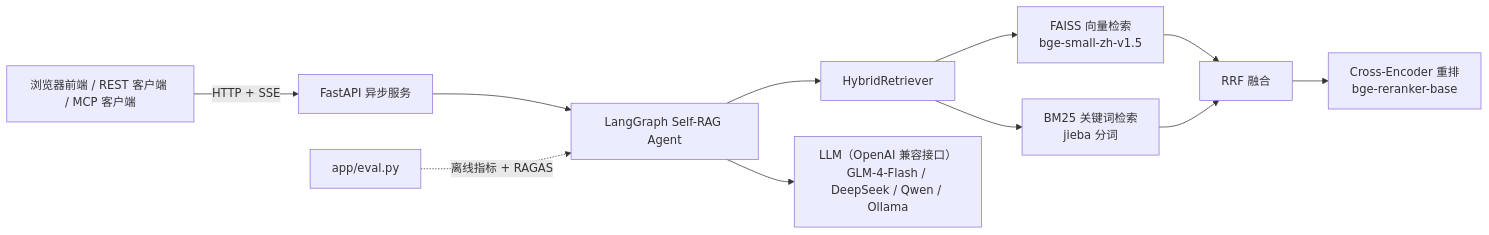
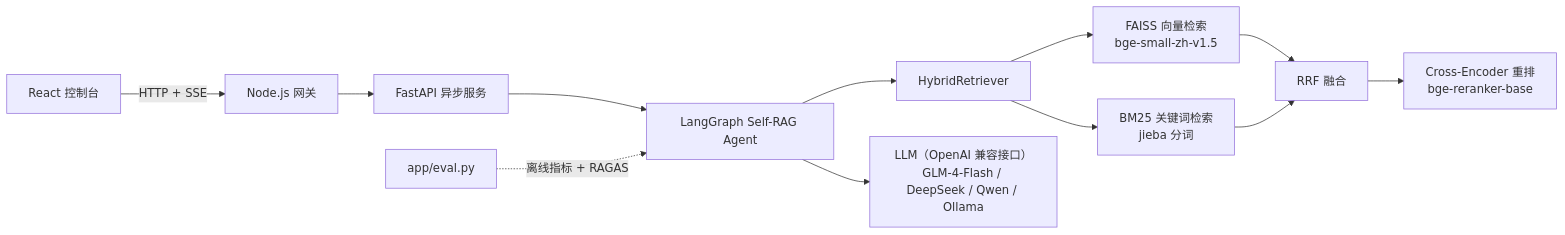
The first of 2 diagrams in docs/TECHNICAL_REPORT.md (Henryhuangsice/agentic-rag-compliance-engine), drawn with Mermaid before and after one commit. The commit also changed other lines of this file and 55 other files, not shown here.

First line of the commit message:
Add React + TypeScript console and Node.js gateway

````diff
--- a/docs/TECHNICAL_REPORT.md
+++ b/docs/TECHNICAL_REPORT.md
@@ -22,13 +22,13 @@
 ```mermaid
 flowchart LR
-    U[浏览器前端 / REST 客户端 / MCP 客户端] -->|HTTP + SSE| API[FastAPI 异步服务]
+    U[React 控制台] -->|HTTP + SSE| GW[Node.js 网关] --> API[FastAPI 异步服务]
     API --> G[LangGraph Self-RAG Agent]
     G --> R[HybridRetriever]
     R --> V[FAISS 向量检索<br/>bge-small-zh-v1.5]
     R --> B[BM25 关键词检索<br/>jieba 分词]
     V --> F[RRF 融合]
     B --> F
     F --> X[Cross-Encoder 重排<br/>bge-reranker-base]
     G --> L[LLM（OpenAI 兼容接口）<br/>GLM-4-Flash / DeepSeek / Qwen / Ollama]
     E[app/eval.py] -.离线指标 + RAGAS.-> G
 ```
````
